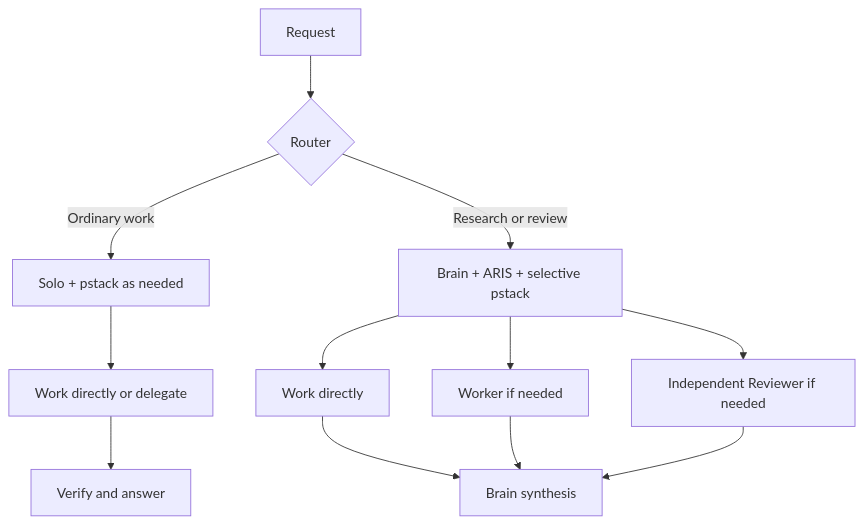
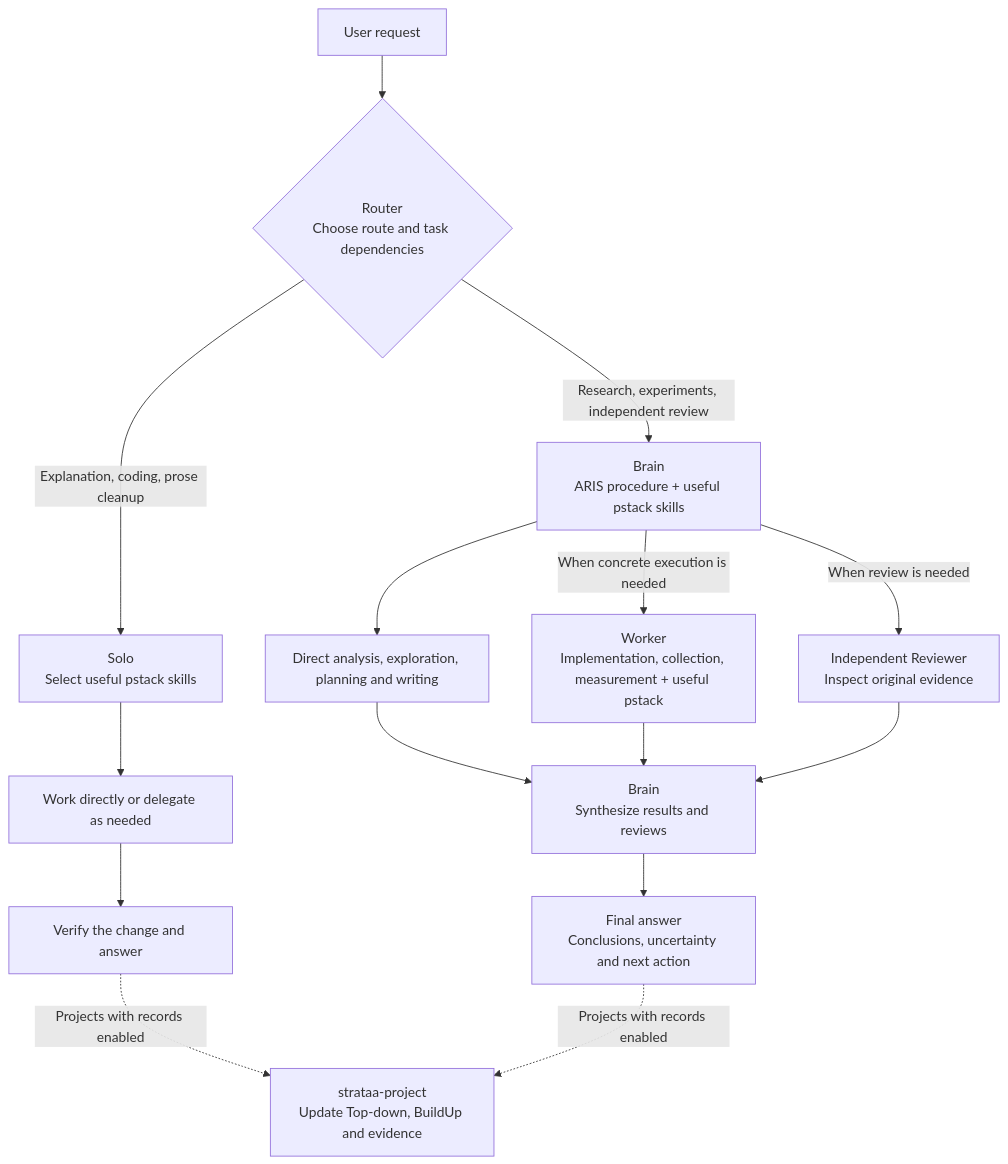
Before and after one commit to myunhh/Strataa: the diagram in figures/workflow-en.mmd, drawn with Mermaid. The commit also changed 5 other files, not shown here.

```diff
--- a/figures/workflow-en.mmd
+++ b/figures/workflow-en.mmd
@@ -1,12 +1,19 @@
 flowchart TD
-    request["Request"] --> router{"Router"}
-    router -->|"Ordinary work"| solo["Solo + pstack as needed"]
-    solo --> soloWork["Work directly or delegate"]
-    soloWork --> answer["Verify and answer"]
-    router -->|"Research or review"| brain["Brain + ARIS + selective pstack"]
-    brain --> direct["Work directly"]
-    brain --> worker["Worker if needed"]
-    brain --> reviewer["Independent Reviewer if needed"]
-    direct --> synthesis["Brain synthesis"]
+    request["User request"] --> router{"Router<br/>Choose route and task dependencies"}
+
+    router -->|Explanation, coding, prose cleanup| solo["Solo<br/>Select useful pstack skills"]
+    solo --> soloWork["Work directly or delegate as needed"]
+    soloWork --> soloAnswer["Verify the change and answer"]
+
+    router -->|Research, experiments, independent review| brain["Brain<br/>ARIS procedure + useful pstack skills"]
+    brain --> direct["Direct analysis, exploration, planning and writing"]
+    brain -->|When concrete execution is needed| worker["Worker<br/>Implementation, collection, measurement + useful pstack"]
+    brain -->|When review is needed| reviewer["Independent Reviewer<br/>Inspect original evidence"]
+
+    direct --> synthesis["Brain<br/>Synthesize results and reviews"]
     worker --> synthesis
     reviewer --> synthesis
+    synthesis --> researchAnswer["Final answer<br/>Conclusions, uncertainty and next action"]
+
+    soloAnswer -. Projects with records enabled .-> records["strataa-project<br/>Update Top-down, BuildUp and evidence"]
+    researchAnswer -. Projects with records enabled .-> records
```
